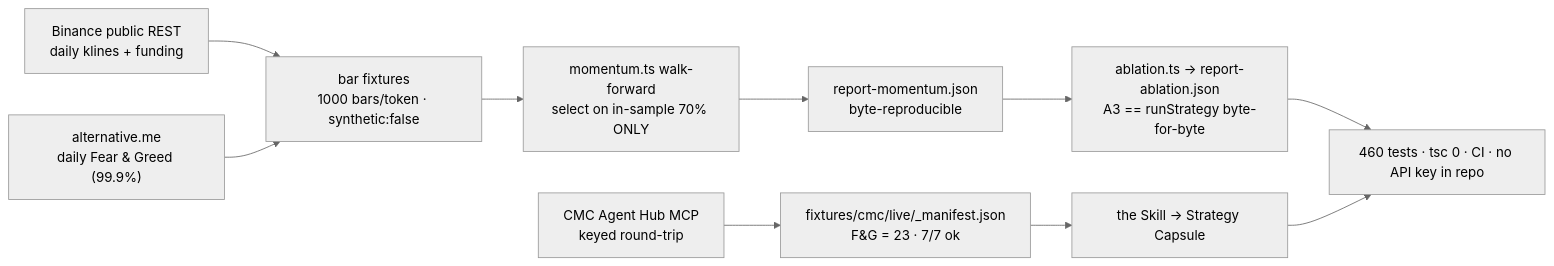
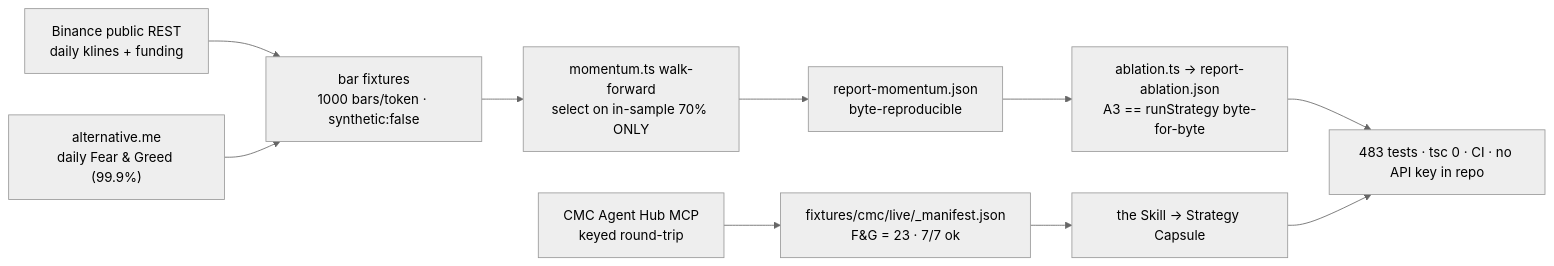
One commit to agdanish/stoic changed the fifth of 5 diagrams in README.md. Above: the diagram before and after it, drawn with Mermaid (neutral theme). The commit also changed other lines of this file and 5 other files, not shown here.

````diff
--- a/README.md
+++ b/README.md
@@ -464,12 +464,12 @@
 ```mermaid
 flowchart LR
     BIN["Binance public REST<br/>daily klines + funding"] --> FX["bar fixtures<br/>1000 bars/token · synthetic:false"]
     ALT["alternative.me<br/>daily Fear & Greed (99.9%)"] --> FX
     FX --> BT["momentum.ts walk-forward<br/>select on in-sample 70% ONLY"]
     BT --> RP["report-momentum.json<br/>byte-reproducible"]
     RP --> AB["ablation.ts → report-ablation.json<br/>A3 == runStrategy byte-for-byte"]
     CMC["CMC Agent Hub MCP<br/>keyed round-trip"] --> CAP["fixtures/cmc/live/_manifest.json<br/>F&amp;G = 23 · 7/7 ok"]
     CAP --> SK["the Skill → Strategy Capsule"]
-    AB --> V["460 tests · tsc 0 · CI · no API key in repo"]
+    AB --> V["483 tests · tsc 0 · CI · no API key in repo"]
     SK --> V
 ```
````
